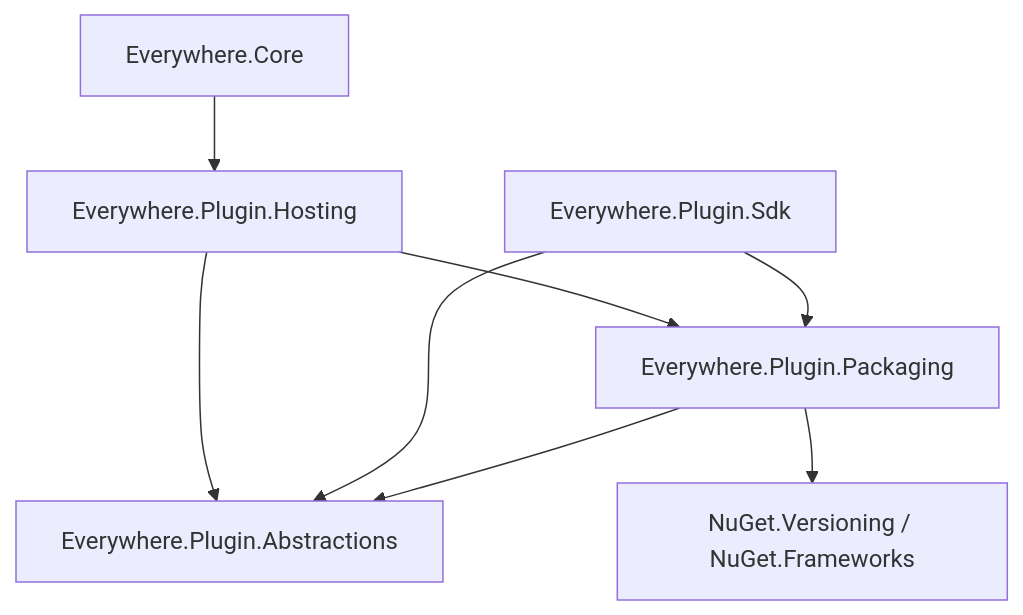
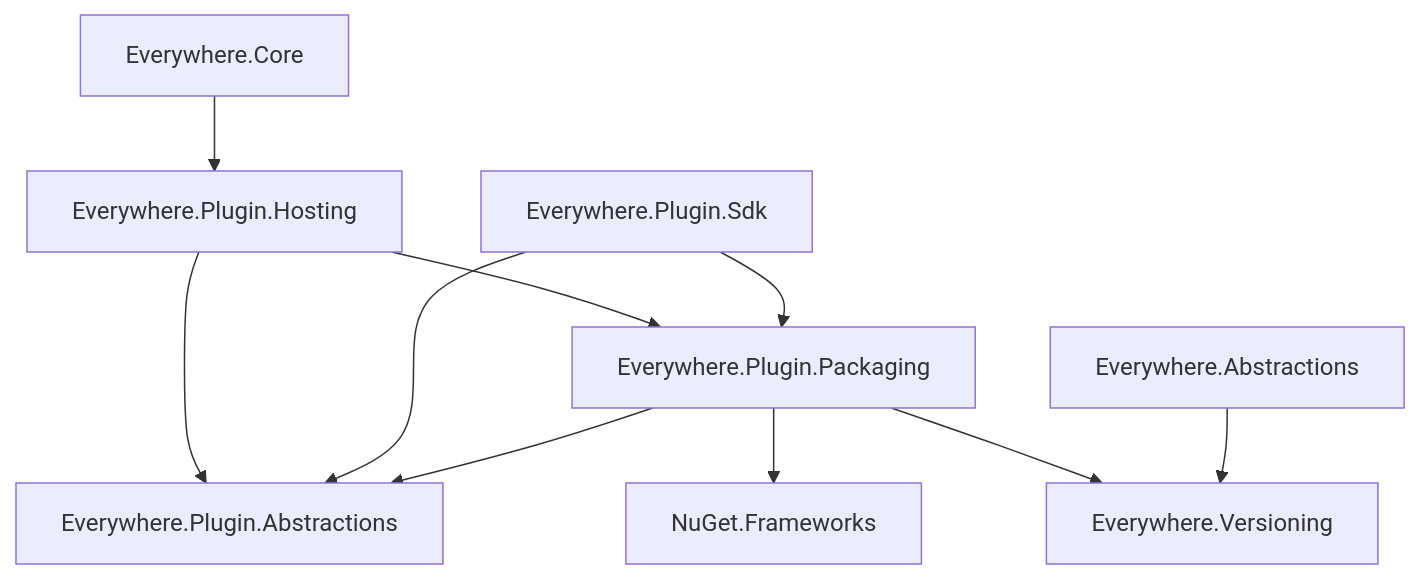
The diagram in docs/PluginEngine/01-Specification.md (Sylinko/Everywhere), drawn with Mermaid before and after one commit. The commit also changed other lines of this file and 20 other files, not shown here.

````diff
--- a/docs/PluginEngine/01-Specification.md
+++ b/docs/PluginEngine/01-Specification.md
@@ -358,10 +358,12 @@
 ```mermaid
 flowchart TD
     Core[Everywhere.Core] --> Hosting[Everywhere.Plugin.Hosting]
     Hosting --> Packaging[Everywhere.Plugin.Packaging]
     Hosting --> Abstractions[Everywhere.Plugin.Abstractions]
     SDK[Everywhere.Plugin.Sdk] --> Packaging
     SDK --> Abstractions
     Packaging --> Abstractions
-    Packaging --> NuGet[NuGet.Versioning / NuGet.Frameworks]
+    Packaging --> NuGet[NuGet.Frameworks]
+    Packaging --> Versioning[Everywhere.Versioning]
+    ApplicationAbstractions[Everywhere.Abstractions] --> Versioning
 ```
````
